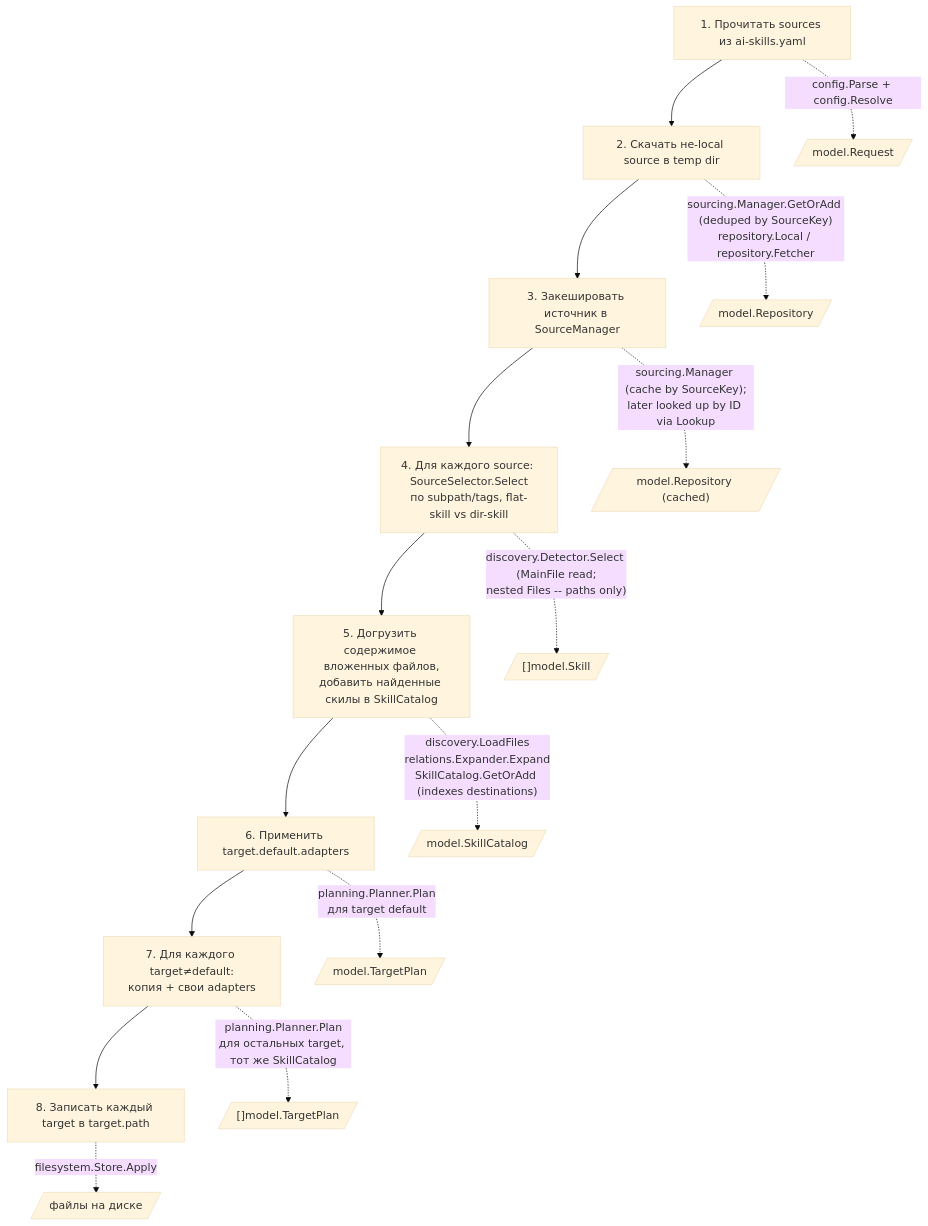
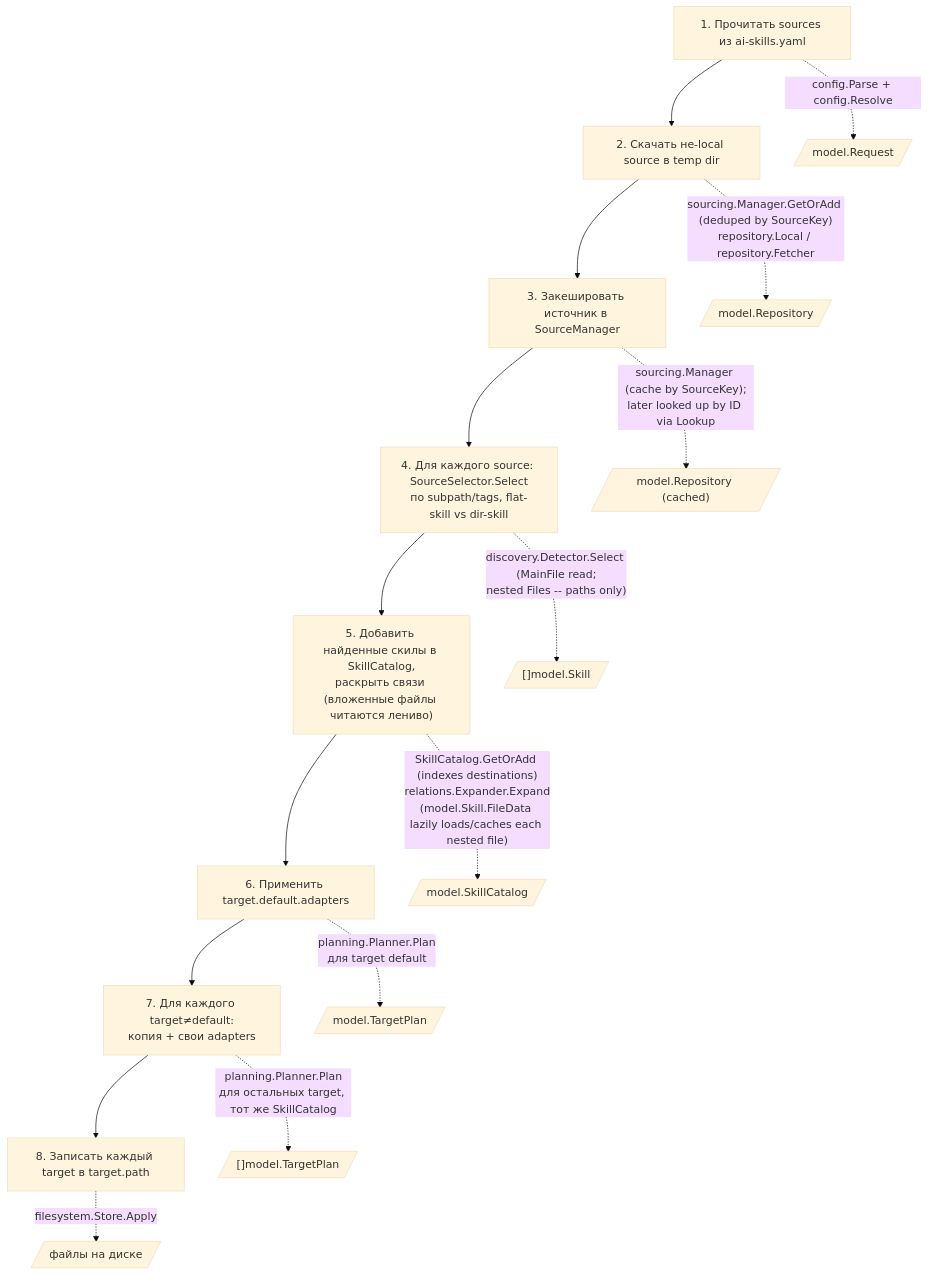
One commit to InsonusK/go-ai-skill-manage changed the second of 3 diagrams in docs/architecture/diagrams.md. Above: the diagram before and after it, drawn with Mermaid (base theme). The commit also changed other lines of this file and 17 other files, not shown here.

````diff
--- a/docs/architecture/diagrams.md
+++ b/docs/architecture/diagrams.md
@@ -84,20 +89,20 @@
 ```mermaid
 flowchart TD
     A["1. Прочитать sources из ai-skills.yaml"] --> B
     B["2. Скачать не-local source в temp dir"] --> C
     C["3. Закешировать источник в SourceManager"] --> D
     D["4. Для каждого source: SourceSelector.Select<br/>по subpath/tags, flat-skill vs dir-skill"] --> E
-    E["5. Догрузить содержимое вложенных файлов,<br/>добавить найденные скилы в SkillCatalog"] --> F
+    E["5. Добавить найденные скилы в SkillCatalog,<br/>раскрыть связи (вложенные файлы читаются лениво)"] --> F
     F["6. Применить target.default.adapters"] --> G
     G["7. Для каждого target≠default:<br/>копия + свои adapters"] --> H
     H["8. Записать каждый target в target.path"]
 
     A -.->|"config.Parse + config.Resolve"| A1[/"model.Request"/]
     B -.->|"sourcing.Manager.GetOrAdd (deduped by SourceKey)<br/>repository.Local / repository.Fetcher"| B1[/"model.Repository"/]
     C -.->|"sourcing.Manager (cache by SourceKey);<br/>later looked up by ID via Lookup"| C1[/"model.Repository (cached)"/]
     D -.->|"discovery.Detector.Select (MainFile read;<br/>nested Files -- paths only)"| D1[/"[]model.Skill"/]
-    E -.->|"discovery.LoadFiles<br/>relations.Expander.Expand<br/>SkillCatalog.GetOrAdd (indexes destinations)"| E1[/"model.SkillCatalog"/]
+    E -.->|"SkillCatalog.GetOrAdd (indexes destinations)<br/>relations.Expander.Expand<br/>(model.Skill.FileData lazily loads/caches each nested file)"| E1[/"model.SkillCatalog"/]
     F -.->|"planning.Planner.Plan<br/>для target default"| F1[/"model.TargetPlan"/]
     G -.->|"planning.Planner.Plan<br/>для остальных target, тот же SkillCatalog"| G1[/"[]model.TargetPlan"/]
     H -.->|"filesystem.Store.Apply"| H1[/"файлы на диске"/]
 ```
````
